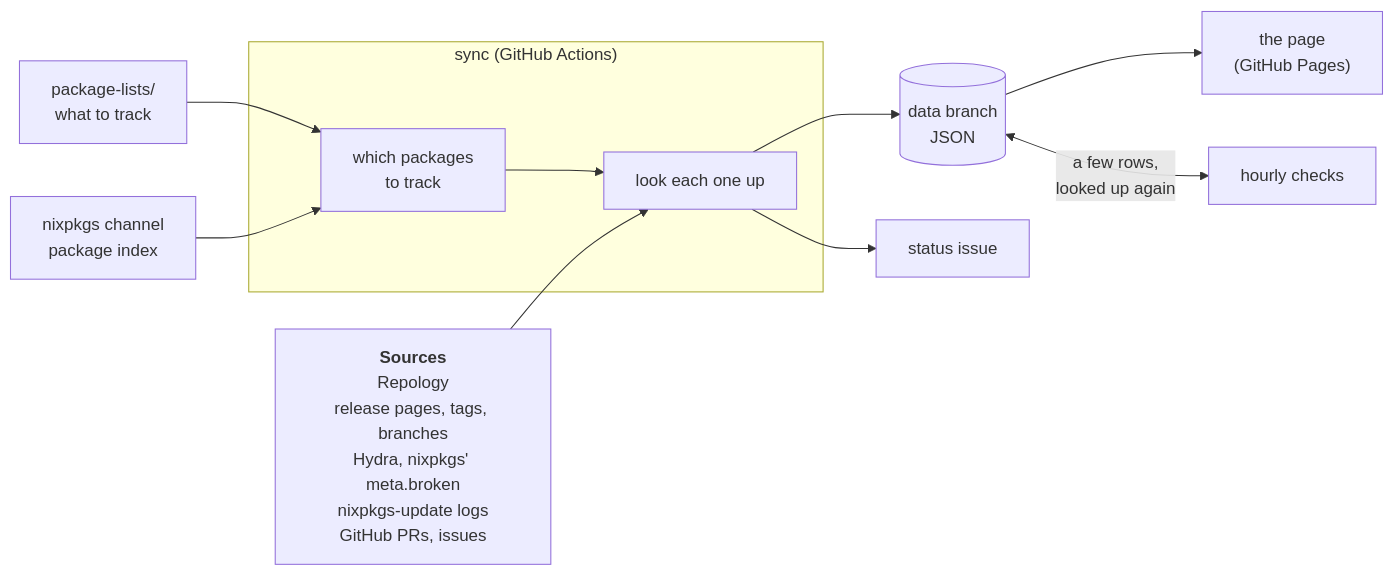
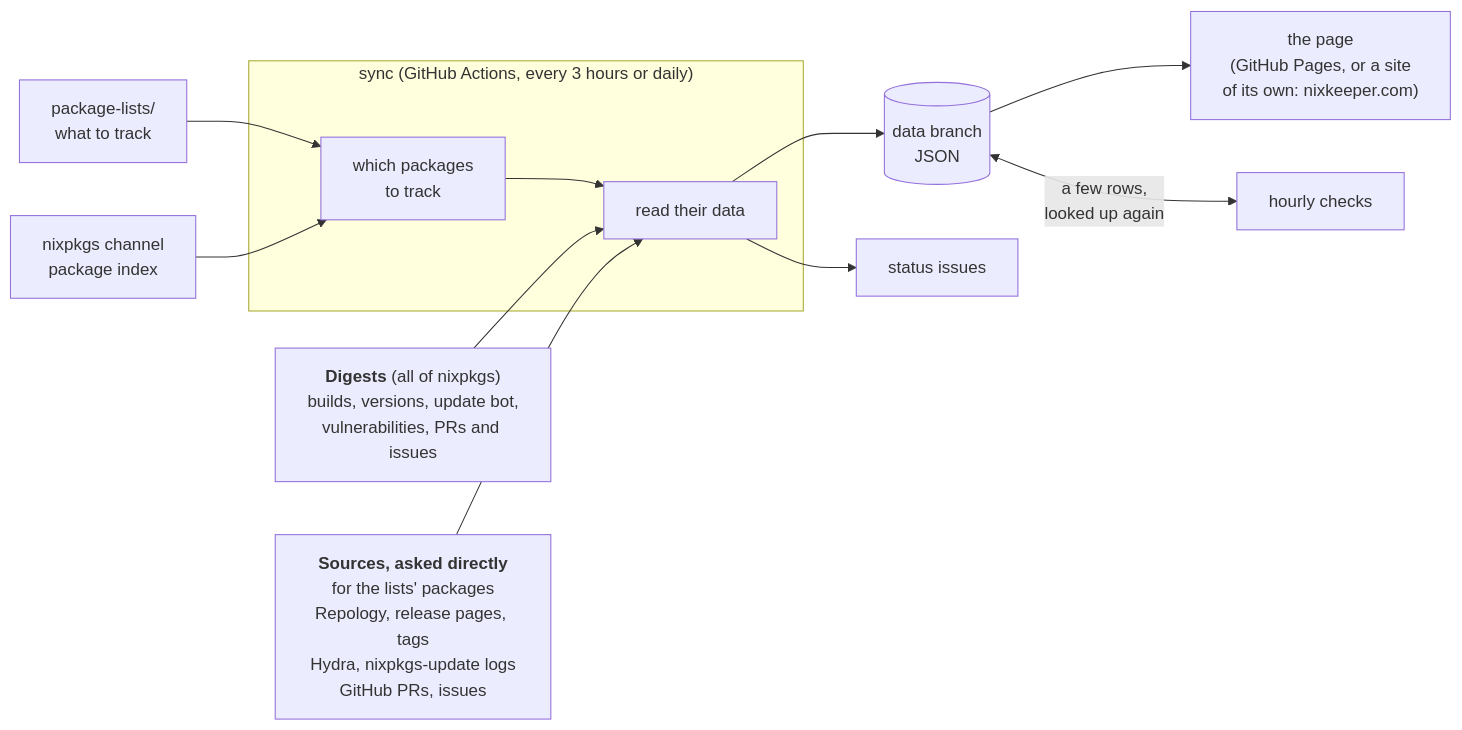
Before and after one commit to iedame/nixkeeper: the diagram in README.md, drawn with Mermaid. The commit also changed other lines of this file and 2 other files, not shown here.

Commit message:
docs: page refresh, digests new names

````diff
--- a/README.md
+++ b/README.md
@@ -117,13 +132,14 @@
 ```mermaid
 flowchart LR
   lists["package-lists/<br>what to track"] --> track
   index["nixpkgs channel<br>package index"] --> track
-  subgraph sync ["sync (GitHub Actions)"]
-    track["which packages<br>to track"] --> ask["look each one up"]
+  subgraph sync ["sync (GitHub Actions, every 3 hours or daily)"]
+    track["which packages<br>to track"] --> ask["read their data"]
   end
-  sources["<b>Sources</b><br>Repology<br>release pages, tags, branches<br>Hydra, nixpkgs' meta.broken<br>nixpkgs-update logs<br>GitHub PRs, issues"] --> ask
+  digests["<b>Digests</b> (all of nixpkgs)<br>builds, versions, update bot,<br>vulnerabilities, PRs and issues"] --> ask
+  sources["<b>Sources, asked directly</b><br>for the lists' packages<br>Repology, release pages, tags<br>Hydra, nixpkgs-update logs<br>GitHub PRs, issues"] --> ask
   ask --> data[("data branch<br>JSON")]
-  ask --> issue["status issue"]
-  data --> page["the page<br>(GitHub Pages)"]
+  ask --> issue["status issues"]
+  data --> page["the page<br>(GitHub Pages, or a site<br>of its own: nixkeeper.com)"]
   data <-->|"a few rows,<br>looked up again"| hourly["hourly checks"]
 ```
````
